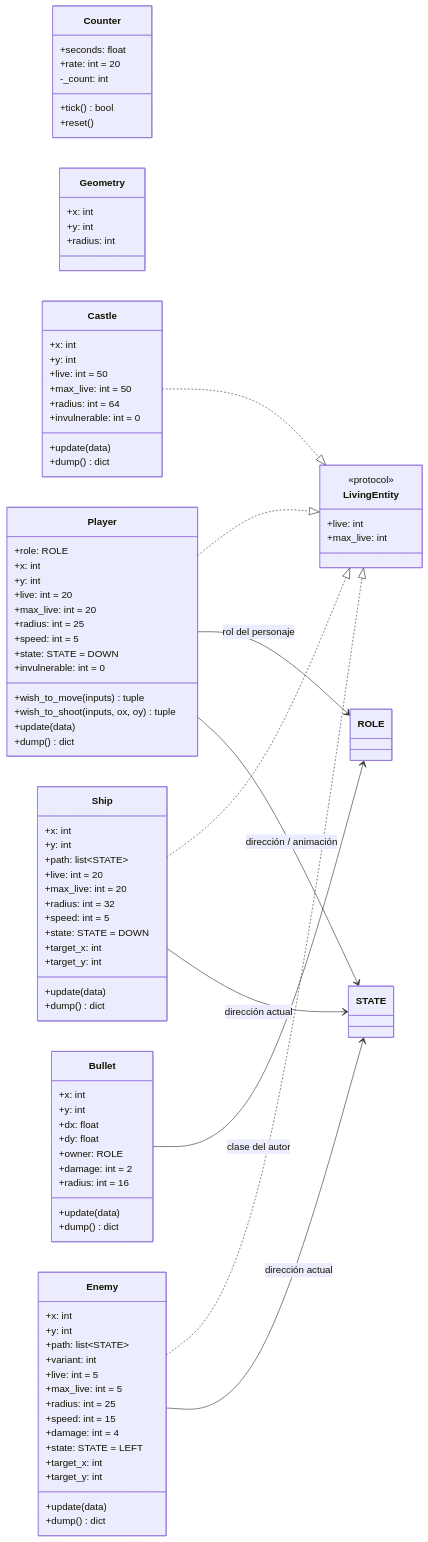
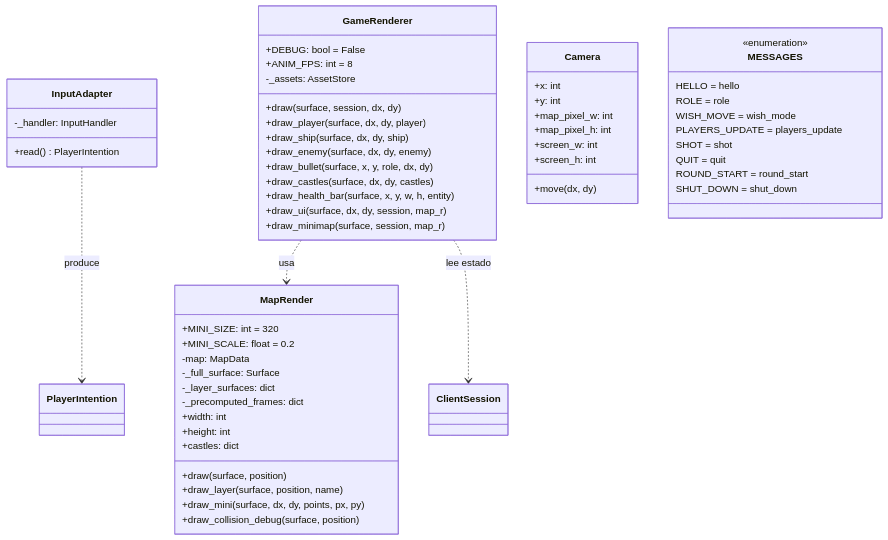
One commit to Aouei/pygame_multi changed the fourth of 5 diagrams in docs/diagramas/clases.md. Above: the diagram before and after it, drawn with Mermaid. The commit also changed other lines of this file and 3 other files, not shown here.

````diff
--- a/docs/diagramas/clases.md
+++ b/docs/diagramas/clases.md
@@ -381,106 +359,66 @@
 ```mermaid
 classDiagram
-    direction LR
+    direction TB
 
-    class LivingEntity {
-        <<protocol>>
-        +live: int
-        +max_live: int
+    class InputAdapter {
+        -_handler: InputHandler
+        +read() PlayerIntention
     }
 
-    class Counter {
-        +seconds: float
-        +rate: int = 20
-        -_count: int
-        +tick() bool
-        +reset()
+    class GameRenderer {
+        +DEBUG: bool = False
+        +ANIM_FPS: int = 8
+        -_assets: AssetStore
+        +draw(surface, session, dx, dy)
+        +draw_player(surface, dx, dy, player)
+        +draw_ship(surface, dx, dy, ship)
+        +draw_enemy(surface, dx, dy, enemy)
+        +draw_bullet(surface, x, y, role, dx, dy)
+        +draw_castles(surface, dx, dy, castles)
+        +draw_health_bar(surface, x, y, w, h, entity)
+        +draw_ui(surface, dx, dy, session, map_r)
+        +draw_minimap(surface, session, map_r)
     }
 
-    class Geometry {
+    class MapRender {
+        +MINI_SIZE: int = 320
+        +MINI_SCALE: float = 0.2
+        -map: MapData
+        -_full_surface: Surface
+        -_layer_surfaces: dict
+        -_precomputed_frames: dict
+        +width: int
+        +height: int
+        +castles: dict
+        +draw(surface, position)
+        +draw_layer(surface, position, name)
+        +draw_mini(surface, dx, dy, points, px, py)
+        +draw_collision_debug(surface, position)
+    }
+
+    class Camera {
         +x: int
         +y: int
-        +radius: int
+        +map_pixel_w: int
+        +map_pixel_h: int
+        +screen_w: int
+        +screen_h: int
+        +move(dx, dy)
     }
 
-    class Player {
-        +role: ROLE
-        +x: int
-        +y: int
-        +live: int = 20
-        +max_live: int = 20
-        +radius: int = 25
-        +speed: int = 5
-        +state: STATE = DOWN
-        +invulnerable: int = 0
-        +wish_to_move(inputs) tuple
-        +wish_to_shoot(inputs, ox, oy) tuple
-        +update(data)
-        +dump() dict
+    class MESSAGES {
+        <<enumeration>>
+        HELLO = hello
+        ROLE = role
+        WISH_MOVE = wish_mode
+        PLAYERS_UPDATE = players_update
+        SHOT = shot
+        QUIT = quit
+        ROUND_START = round_start
+        SHUT_DOWN = shut_down
     }
 
-    class Bullet {
-        +x: int
-        +y: int
-        +dx: float
-        +dy: float
-        +owner: ROLE
-        +damage: int = 2
-        +radius: int = 16
-        +update(data)
-        +dump() dict
-    }
-
-    class Ship {
-        +x: int
-        +y: int
-        +path: list~STATE~
-        +live: int = 20
-        +max_live: int = 20
-        +radius: int = 32
-        +speed: int = 5
-        +state: STATE = DOWN
-        +target_x: int
-        +target_y: int
-        +update(data)
-        +dump() dict
-    }
-
-    class Enemy {
-        +x: int
-        +y: int
-        +path: list~STATE~
-        +variant: int
-        +live: int = 5
-        +max_live: int = 5
-        +radius: int = 25
-        +speed: int = 15
-        +damage: int = 4
-        +state: STATE = LEFT
-        +target_x: int
-        +target_y: int
-        +update(data)
-        +dump() dict
-    }
-
-    class Castle {
-        +x: int
-        +y: int
-        +live: int = 50
-        +max_live: int = 50
-        +radius: int = 64
-        +invulnerable: int = 0
-        +update(data)
-        +dump() dict
-    }
-
-    Player ..|> LivingEntity
-    Ship ..|> LivingEntity
-    Enemy ..|> LivingEntity
-    Castle ..|> LivingEntity
-
-    Player --> ROLE : rol del personaje
-    Player --> STATE : dirección / animación
-    Bullet --> ROLE : clase del autor
-    Ship --> STATE : dirección actual
-    Enemy --> STATE : dirección actual
+    InputAdapter ..> PlayerIntention : produce
+    GameRenderer ..> MapRender : usa
+    GameRenderer ..> ClientSession : lee estado
 ```
````
